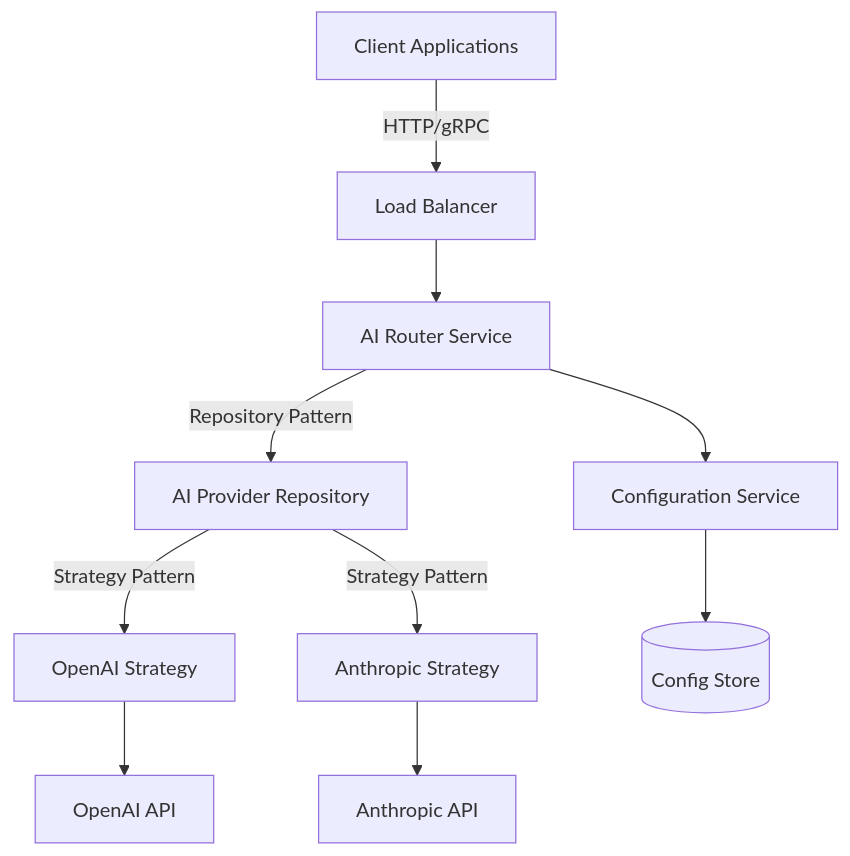
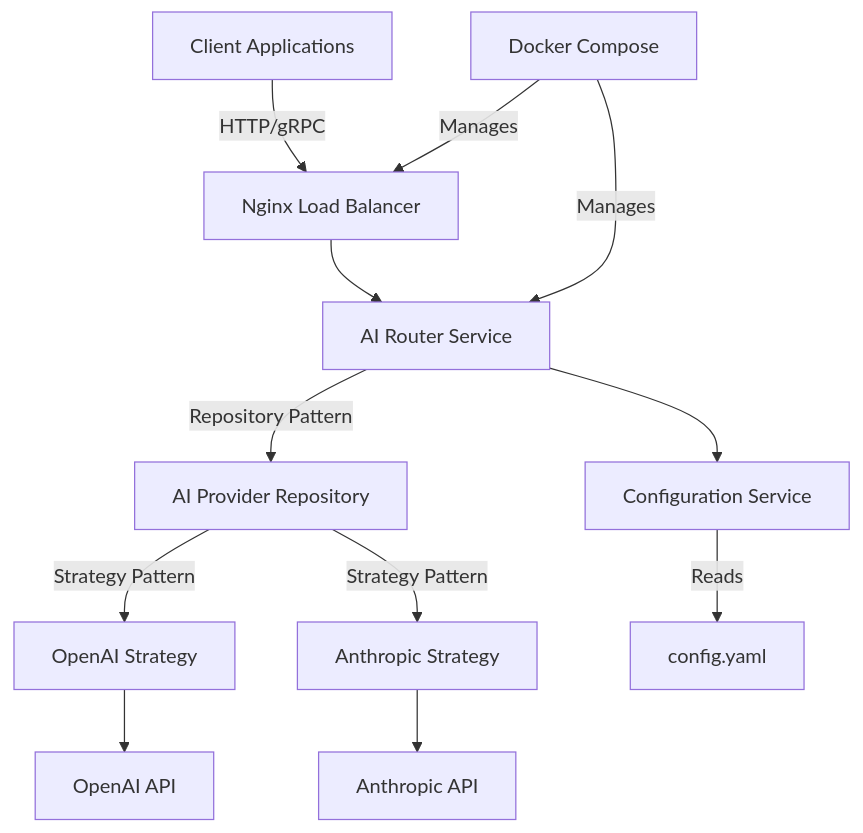
One commit to Lutefd/ai-router changed the diagram in docs/architecture/architecture.mmd. Above: the diagram before and after it, drawn with Mermaid. The commit also changed 1 other file, not shown here.

Commit message:
docs(architecture): update architecture diagrams

```diff
--- a/docs/architecture/architecture.mmd
+++ b/docs/architecture/architecture.mmd
@@ -1,10 +1,12 @@
 graph TD
-    A[Client Applications] -->|HTTP/gRPC| B[Load Balancer]
+    A[Client Applications] -->|HTTP/gRPC| B[Nginx Load Balancer]
     B --> C[AI Router Service]
     C -->|Repository Pattern| D[AI Provider Repository]
     D -->|Strategy Pattern| E[OpenAI Strategy]
     D -->|Strategy Pattern| F[Anthropic Strategy]
     E --> G[OpenAI API]
     F --> H[Anthropic API]
     C --> I[Configuration Service]
-    I --> J[(Config Store)]
+    I -->|Reads| J[config.yaml]
+    K[Docker Compose] -->|Manages| B
+    K -->|Manages| C
```
